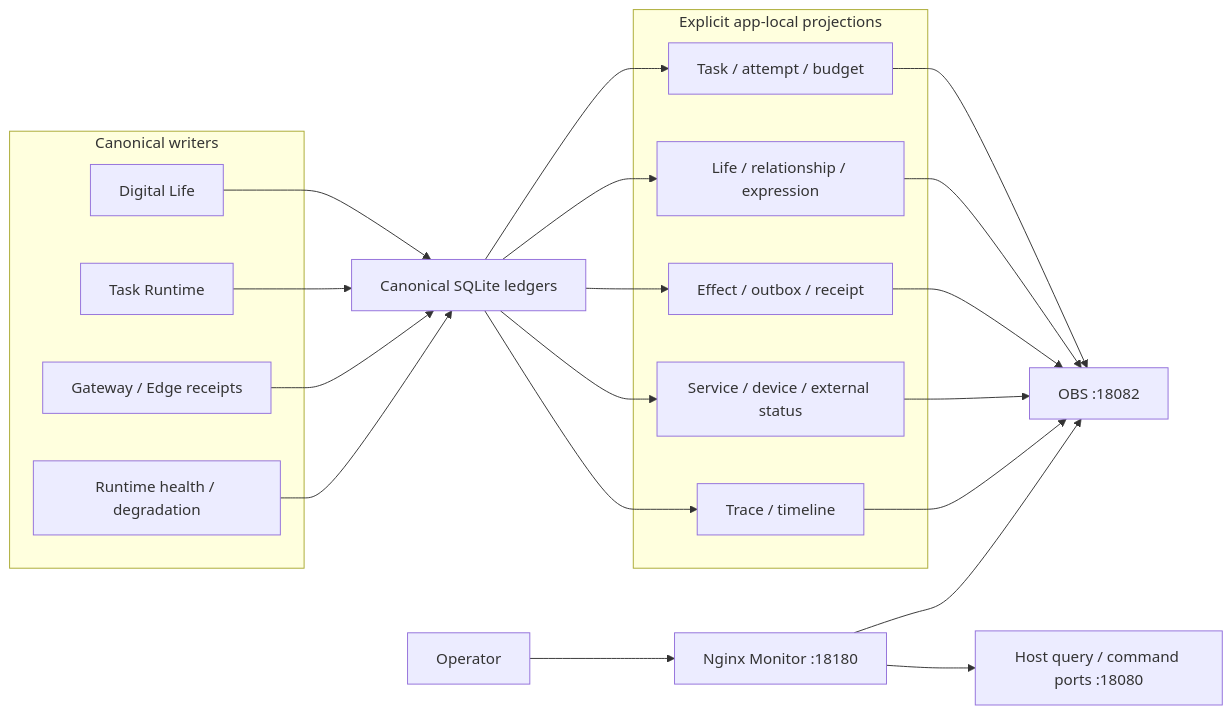
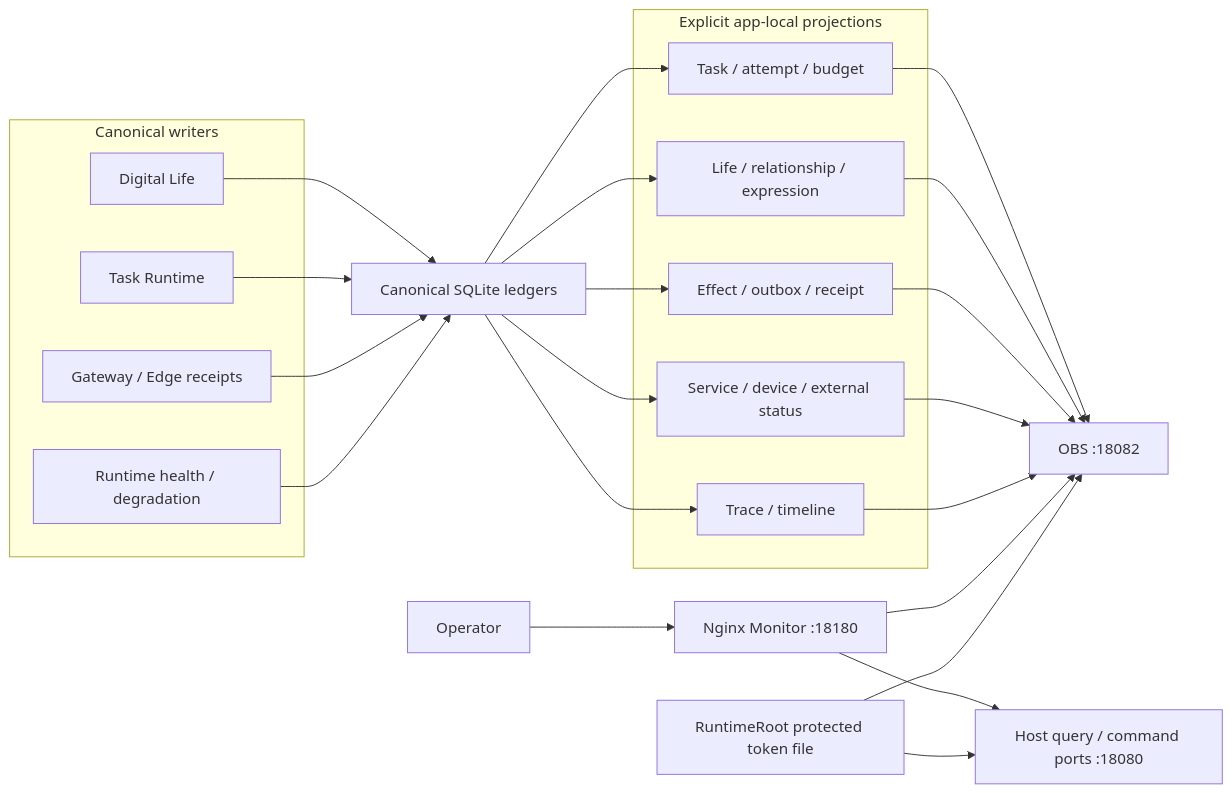
The first of 4 diagrams in docs/50_project/arch/diagrams/07_observability_topology.md (SakuraYoruno/Natsume_Ai), drawn with Mermaid before and after one commit. The commit also changed other lines of this file and 384 other files, not shown here.

````diff
--- a/docs/50_project/arch/diagrams/07_observability_topology.md
+++ b/docs/50_project/arch/diagrams/07_observability_topology.md
@@ -12,42 +12,45 @@
 ```mermaid
 flowchart LR
     subgraph Writers["Canonical writers"]
         LIFE["Digital Life"]
         TASK["Task Runtime"]
         GW["Gateway / Edge receipts"]
         HEALTH["Runtime health / degradation"]
     end
 
     SQL["Canonical SQLite ledgers"]
 
     subgraph Projections["Explicit app-local projections"]
         TP["Task / attempt / budget"]
         LP["Life / relationship / expression"]
         EP["Effect / outbox / receipt"]
         HP["Service / device / external status"]
         TRACE["Trace / timeline"]
     end
 
     OBS["OBS :18082"]
     HOST["Host query / command ports :18080"]
+    TOKEN["RuntimeRoot protected token file"]
     MON["Nginx Monitor :18180"]
     USER["Operator"]
 
     LIFE --> SQL
     TASK --> SQL
     GW --> SQL
     HEALTH --> SQL
     SQL --> TP
     SQL --> LP
     SQL --> EP
     SQL --> HP
     SQL --> TRACE
     TP --> OBS
     LP --> OBS
     EP --> OBS
     HP --> OBS
     TRACE --> OBS
     USER --> MON
     MON --> OBS
     MON --> HOST
+    TOKEN --> HOST
+    TOKEN --> OBS
 ```
````
